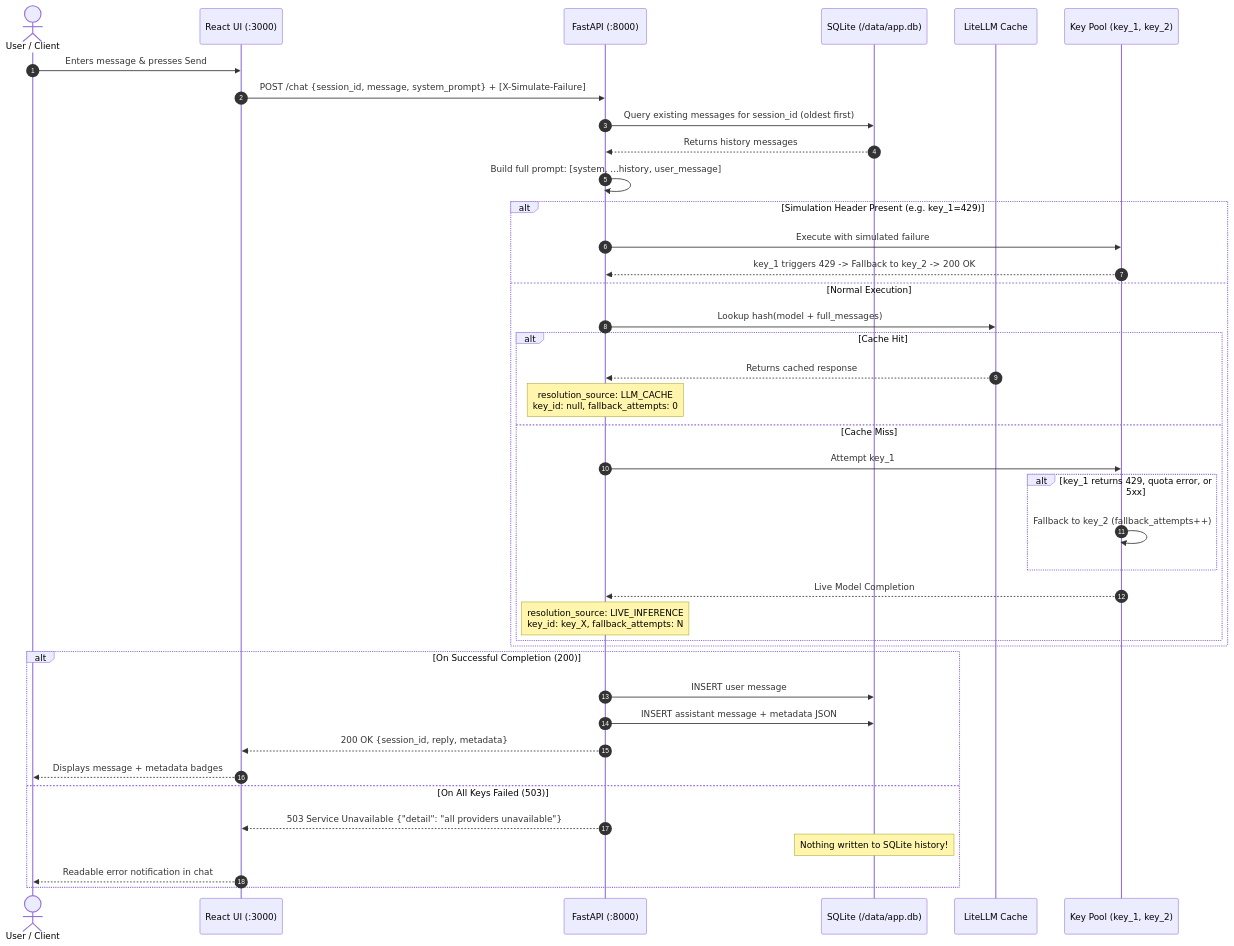
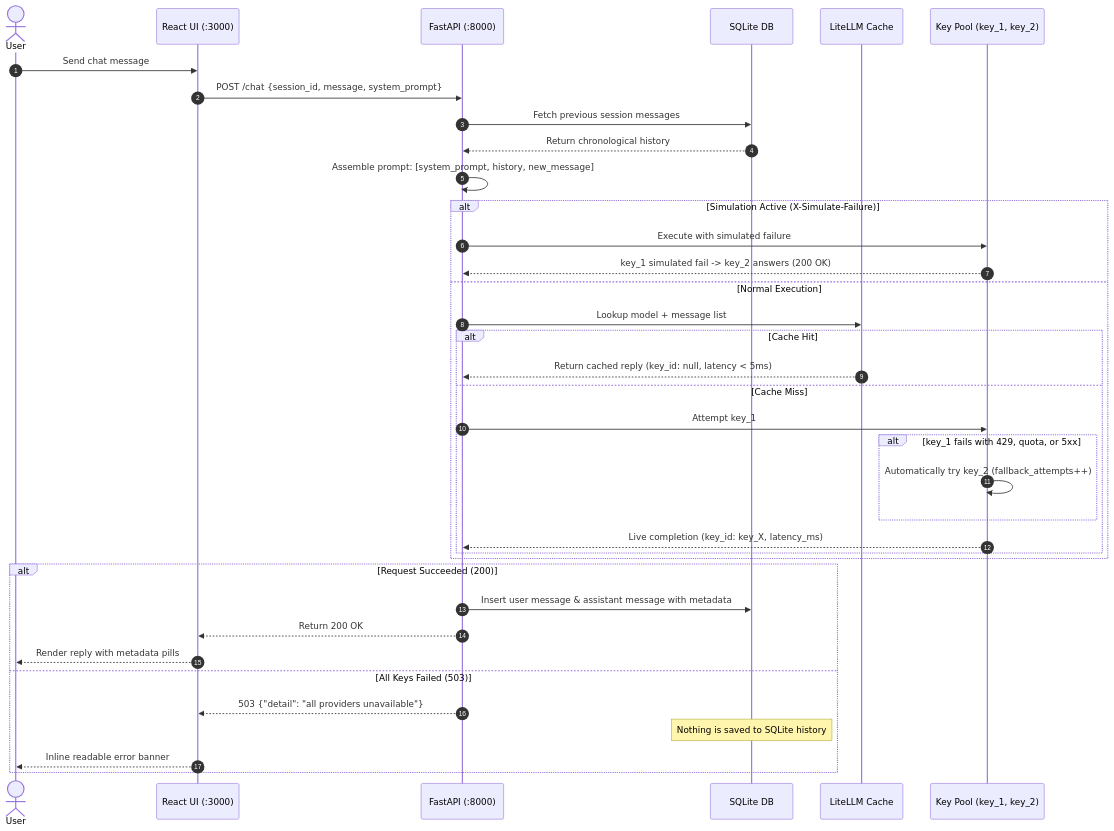
One commit to AditiVerma-code/lyftr-llm-chatbot changed the second of 2 diagrams in README.md. Above: the diagram before and after it, drawn with Mermaid. The commit also changed other lines of this file and 2 other files, not shown here.

Commit message:
docs: polish README design, fix Mermaid diagram, remove robotic phrasing, and set production API fallback

````diff
--- a/README.md
+++ b/README.md
@@ -158,45 +118,42 @@
 ```mermaid
 sequenceDiagram
     autonumber
-    actor User as User / Client
-    participant Frontend as React UI (:3000)
-    participant API as FastAPI (:8000)
-    participant DB as SQLite (/data/app.db)
+    actor User as User
+    participant Web as React UI (:3000)
+    participant Srv as FastAPI (:8000)
+    participant DB as SQLite DB
     participant Cache as LiteLLM Cache
-    participant KeyPool as Key Pool (key_1, key_2)
+    participant Gateway as Key Pool (key_1, key_2)
 
-    User->>Frontend: Enters message & presses Send
-    Frontend->>API: POST /chat {session_id, message, system_prompt} + [X-Simulate-Failure]
-    API->>DB: Query existing messages for session_id (oldest first)
-    DB-->>API: Returns history messages
-    API->>API: Build full prompt: [system, ...history, user_message]
+    User->>Web: Send chat message
+    Web->>Srv: POST /chat {session_id, message, system_prompt}
+    Srv->>DB: Fetch previous session messages
+    DB-->>Srv: Return chronological history
+    Srv->>Srv: Assemble prompt: [system_prompt, history, new_message]
 
-    alt Simulation Header Present (e.g. key_1=429)
-        API->>KeyPool: Execute with simulated failure
-        KeyPool-->>API: key_1 triggers 429 -> Fallback to key_2 -> 200 OK
+    alt Simulation Active (X-Simulate-Failure)
+        Srv->>Gateway: Execute with simulated failure
+        Gateway-->>Srv: key_1 simulated fail -> key_2 answers (200 OK)
     else Normal Execution
-        API->>Cache: Lookup hash(model + full_messages)
+        Srv->>Cache: Lookup model + message list
         alt Cache Hit
-            Cache-->>API: Returns cached response
-            Note over API: resolution_source: LLM_CACHE<br/>key_id: null, fallback_attempts: 0
+            Cache-->>Srv: Return cached reply (key_id: null, latency < 5ms)
         else Cache Miss
-            API->>KeyPool: Attempt key_1
-            alt key_1 returns 429, quota error, or 5xx
-                KeyPool->>KeyPool: Fallback to key_2 (fallback_attempts++)
+            Srv->>Gateway: Attempt key_1
+            alt key_1 fails with 429, quota, or 5xx
+                Gateway->>Gateway: Automatically try key_2 (fallback_attempts++)
             end
-            KeyPool-->>API: Live Model Completion
-            Note over API: resolution_source: LIVE_INFERENCE<br/>key_id: key_X, fallback_attempts: N
+            Gateway-->>Srv: Live completion (key_id: key_X, latency_ms)
         end
     end
 
-    alt On Successful Completion (200)
-        API->>DB: INSERT user message
-        API->>DB: INSERT assistant message + metadata JSON
-        API-->>Frontend: 200 OK {session_id, reply, metadata}
-        Frontend-->>User: Displays message + metadata badges
-    else On All Keys Failed (503)
-        API-->>Frontend: 503 Service Unavailable {"detail": "all providers unavailable"}
-        Note over DB: Nothing written to SQLite history!
-        Frontend-->>User: Readable error notification in chat
+    alt Request Succeeded (200)
+        Srv->>DB: Insert user message & assistant message with metadata
+        Srv-->>Web: Return 200 OK
+        Web-->>User: Render reply with metadata pills
+    else All Keys Failed (503)
+        Srv-->>Web: 503 {"detail": "all providers unavailable"}
+        Note over DB: Nothing is saved to SQLite history
+        Web-->>User: Inline readable error banner
     end
 ```
````
